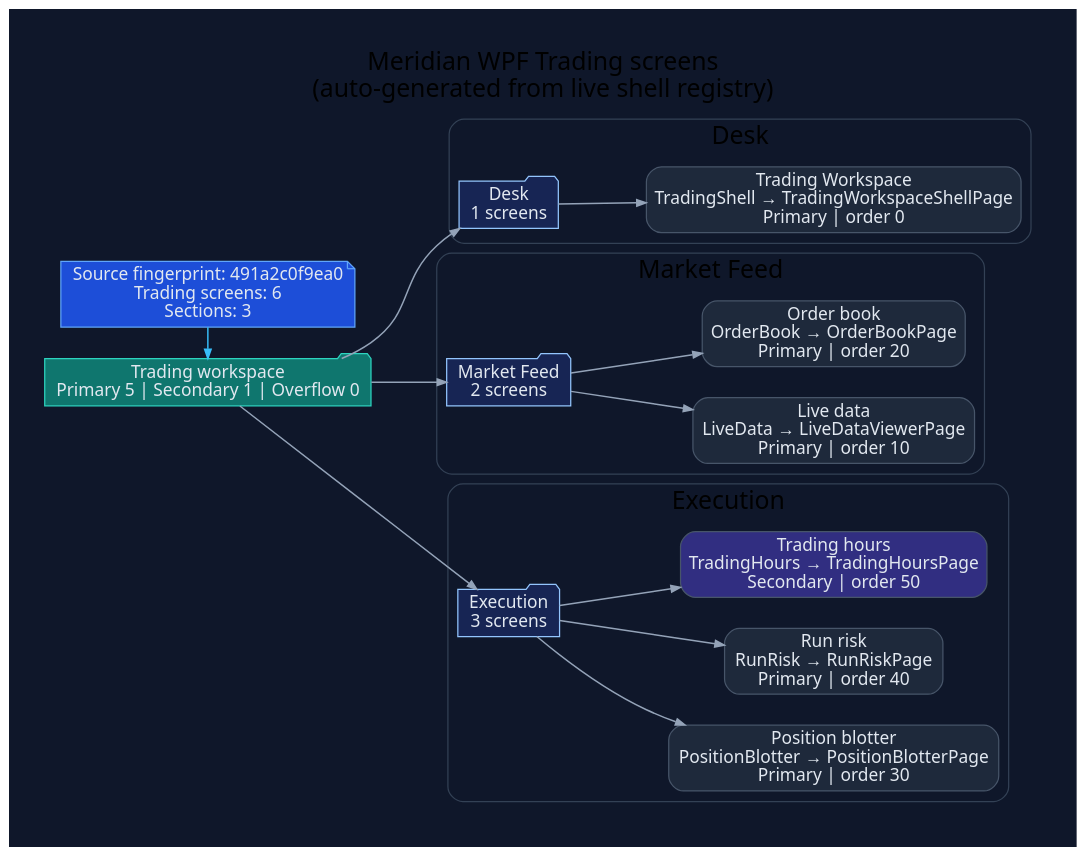
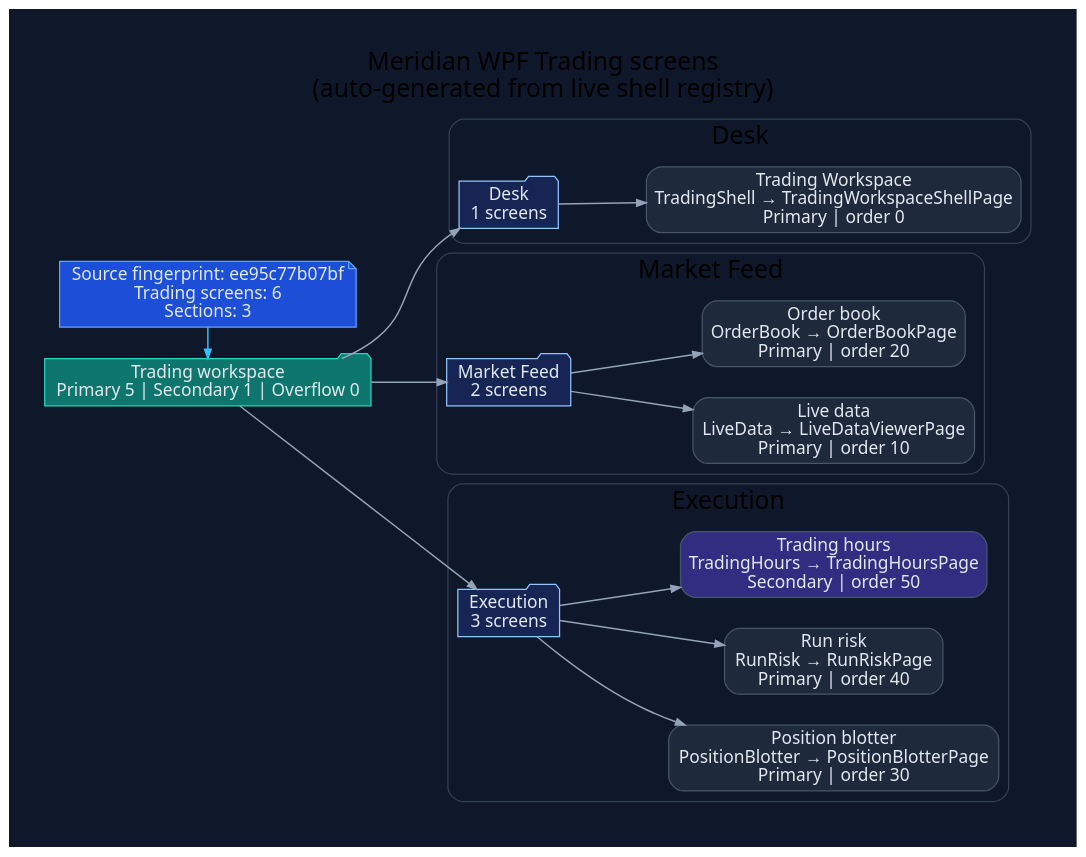
Before and after one commit to rodoHasArrived/Meridian-main: the diagram in docs/diagrams/ui-wpf-screens-trading.dot, drawn with Graphviz. The commit also changed 21 other files, not shown here.

Commit message:
Refresh WPF diagrams for OAuth startup changes

```diff
--- a/docs/diagrams/ui-wpf-screens-trading.dot
+++ b/docs/diagrams/ui-wpf-screens-trading.dot
@@ -1,62 +1,62 @@
 // -----------------------------------------------------------------------------
 // <auto-generated>
 // Generated by scripts/generate-diagrams.mjs.
 // Do not edit this file directly; update the WPF source files instead.
 // -----------------------------------------------------------------------------
 digraph WpfTradingScreens {
   graph [
     rankdir=LR,
     labelloc=t,
     label="Meridian WPF Trading screens\n(auto-generated from live shell registry)",
     fontname="Segoe UI",
     fontsize=20,
     pad=0.4,
     nodesep=0.35,
     ranksep=0.85,
     bgcolor="#0f172a"
   ];
   node [fontname="Segoe UI", shape=box, style="rounded,filled", color="#475569", fontcolor="#e2e8f0", fillcolor="#1e293b"];
   edge [fontname="Segoe UI", color="#94a3b8", penwidth=1.2, arrowsize=0.75];
 
-  generated [shape=note, fillcolor="#1d4ed8", color="#60a5fa", label="Source fingerprint: 491a2c0f9ea0\nTrading screens: 6\nSections: 3"];
+  generated [shape=note, fillcolor="#1d4ed8", color="#60a5fa", label="Source fingerprint: ee95c77b07bf\nTrading screens: 6\nSections: 3"];
   workspace [shape=folder, fillcolor="#0f766e", color="#2dd4bf", label="Trading workspace\nPrimary 5 | Secondary 1 | Overflow 0"];
   generated -> workspace [color="#38bdf8"];
 
   subgraph cluster_section_1 {
     label="Desk";
     color="#334155";
     style="rounded";
     section_1 [shape=folder, fillcolor="#172554", color="#93c5fd", label="Desk\n1 screens"];
     workspace -> section_1;
     screen_TradingShell [fillcolor="#1e293b", label="Trading Workspace\nTradingShell → TradingWorkspaceShellPage\nPrimary | order 0"];
     section_1 -> screen_TradingShell;
   }
 
   subgraph cluster_section_2 {
     label="Market Feed";
     color="#334155";
     style="rounded";
     section_2 [shape=folder, fillcolor="#172554", color="#93c5fd", label="Market Feed\n2 screens"];
     workspace -> section_2;
     screen_LiveData [fillcolor="#1e293b", label="Live data\nLiveData → LiveDataViewerPage\nPrimary | order 10"];
     section_2 -> screen_LiveData;
     screen_OrderBook [fillcolor="#1e293b", label="Order book\nOrderBook → OrderBookPage\nPrimary | order 20"];
     section_2 -> screen_OrderBook;
   }
 
   subgraph cluster_section_3 {
     label="Execution";
     color="#334155";
     style="rounded";
     section_3 [shape=folder, fillcolor="#172554", color="#93c5fd", label="Execution\n3 screens"];
     workspace -> section_3;
     screen_PositionBlotter [fillcolor="#1e293b", label="Position blotter\nPositionBlotter → PositionBlotterPage\nPrimary | order 30"];
     section_3 -> screen_PositionBlotter;
     screen_RunRisk [fillcolor="#1e293b", label="Run risk\nRunRisk → RunRiskPage\nPrimary | order 40"];
     section_3 -> screen_RunRisk;
     screen_TradingHours [fillcolor="#312e81", label="Trading hours\nTradingHours → TradingHoursPage\nSecondary | order 50"];
     section_3 -> screen_TradingHours;
   }
 
   { rank=min; generated; workspace; }
 }
```
